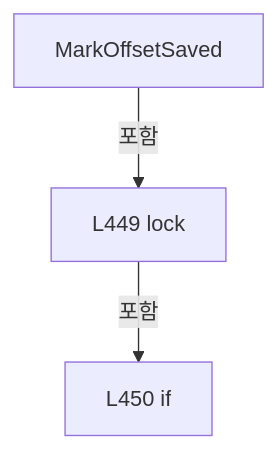
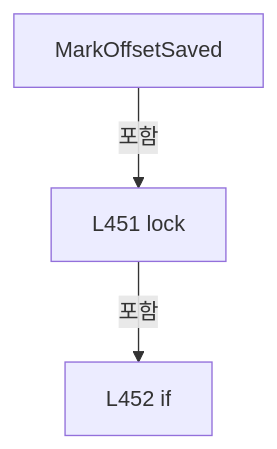
Before and after one commit to kjuws10-rgb/Shared: diagram 11 of 11 in A3 LD Code Ref/files/Drilling.Common/Review/CAutoFineReviewCoordinator.cs.md, drawn with Mermaid. The commit also changed other lines of this file and 2071 other files, not shown here.

Commit message:
docs(a3): update 11.19.0 architecture and code reference

````diff
--- a/A3 LD Code Ref/files/Drilling.Common/Review/CAutoFineReviewCoordinator.cs.md
+++ b/A3 LD Code Ref/files/Drilling.Common/Review/CAutoFineReviewCoordinator.cs.md
@@ -2150,8 +2152,8 @@
 ```mermaid
 flowchart TD
  M["MarkOffsetSaved"]
- N0["L449 lock"]
+ N0["L451 lock"]
  M -->|포함| N0
- N1["L450 if"]
+ N1["L452 if"]
  N0 -->|포함| N1
 ```
````
